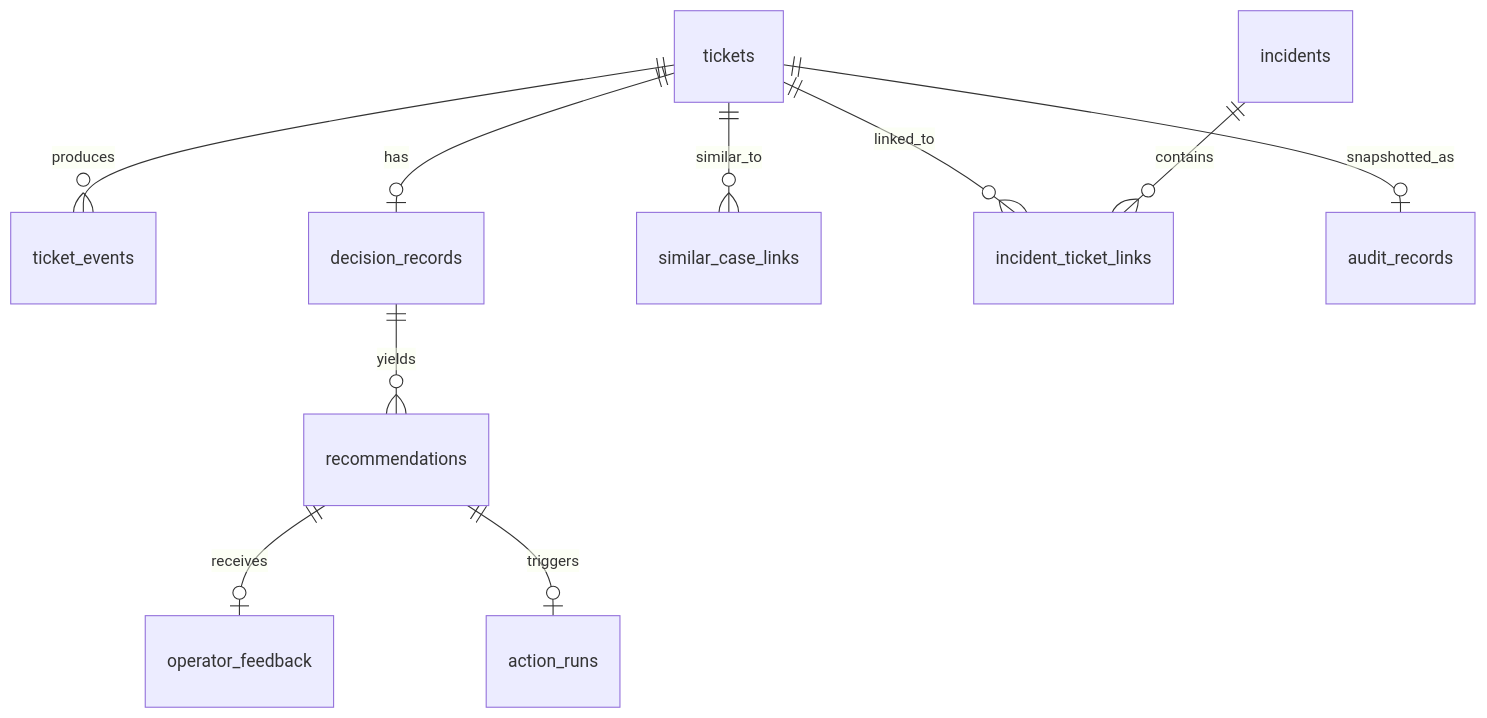
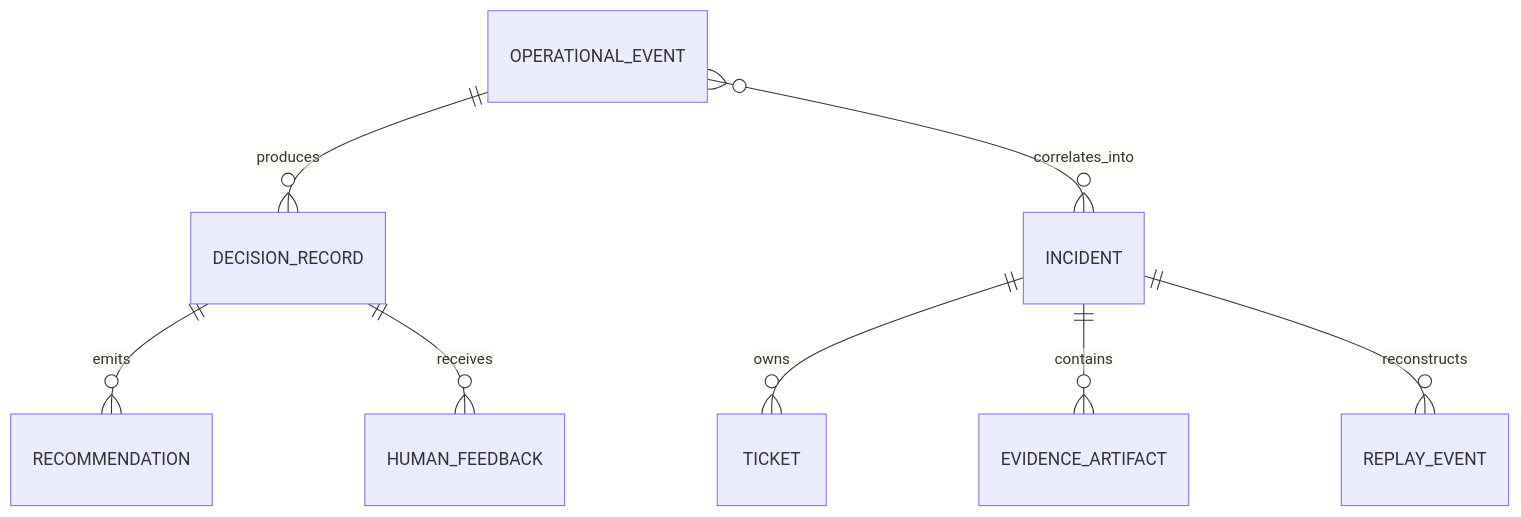
The third of 3 diagrams in docs/architecture/system-overview.md (AngelP17/Praxis), drawn with Mermaid before and after one commit. The commit also changed other lines of this file and 9 other files, not shown here.

Commit message:
Refresh deployment and architecture docs

````diff
--- a/docs/architecture/system-overview.md
+++ b/docs/architecture/system-overview.md
@@ -56,12 +51,10 @@
 ```mermaid
 erDiagram
-    tickets ||--o{ ticket_events : produces
-    tickets ||--o| decision_records : has
-    decision_records ||--o{ recommendations : yields
-    tickets ||--o{ similar_case_links : similar_to
-    tickets ||--o{ incident_ticket_links : linked_to
-    incidents ||--o{ incident_ticket_links : contains
-    recommendations ||--o| operator_feedback : receives
-    recommendations ||--o| action_runs : triggers
-    tickets ||--o| audit_records : snapshotted_as
+    OPERATIONAL_EVENT ||--o{ DECISION_RECORD : produces
+    OPERATIONAL_EVENT }o--o{ INCIDENT : correlates_into
+    INCIDENT ||--o{ TICKET : owns
+    DECISION_RECORD ||--o{ RECOMMENDATION : emits
+    DECISION_RECORD ||--o{ HUMAN_FEEDBACK : receives
+    INCIDENT ||--o{ EVIDENCE_ARTIFACT : contains
+    INCIDENT ||--o{ REPLAY_EVENT : reconstructs
 ```
````
